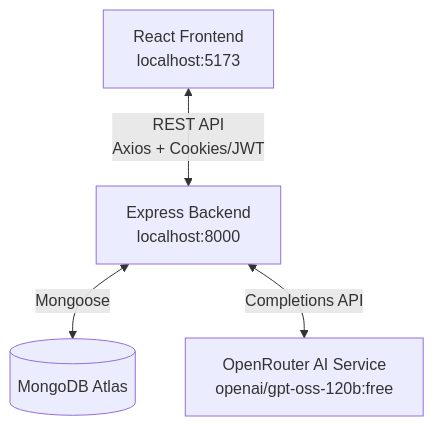
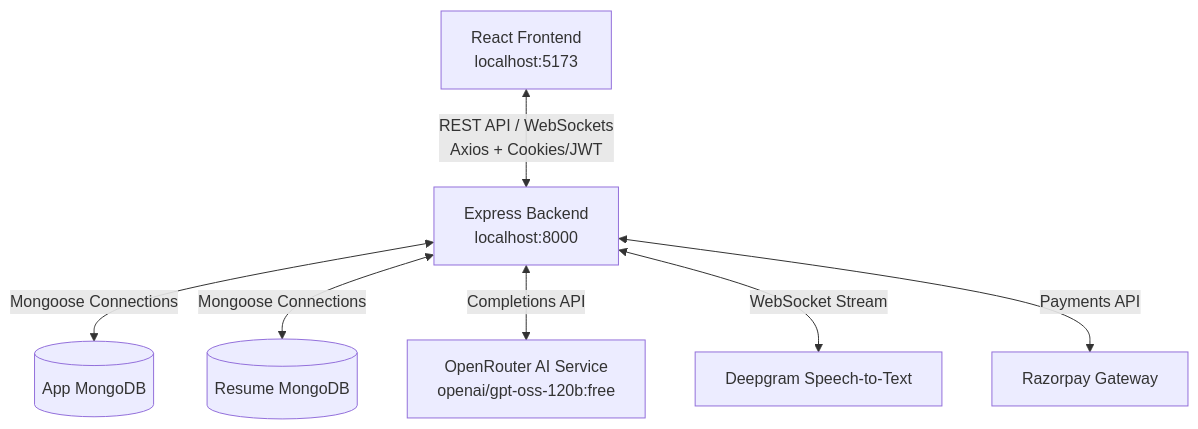
One commit to aarnav24/ai_mock_interview changed the first of 2 diagrams in README.md. Above: the diagram before and after it, drawn with Mermaid. The commit also changed other lines of this file, not shown here.

````diff
--- a/README.md
+++ b/README.md
@@ -50,6 +55,9 @@
 ```mermaid
 graph TD
-    Client[React Frontend <br> localhost:5173] <-->|REST API <br> Axios + Cookies/JWT| Server[Express Backend <br> localhost:8000]
-    Server <-->|Mongoose| MongoDB[(MongoDB Atlas)]
+    Client[React Frontend <br> localhost:5173] <-->|REST API / WebSockets <br> Axios + Cookies/JWT| Server[Express Backend <br> localhost:8000]
+    Server <-->|Mongoose Connections| MongoMainDB[(App MongoDB)]
+    Server <-->|Mongoose Connections| MongoResumeDB[(Resume MongoDB)]
     Server <-->|Completions API| OpenRouter[OpenRouter AI Service <br> openai/gpt-oss-120b:free]
+    Server <-->|WebSocket Stream| Deepgram[Deepgram Speech-to-Text]
+    Server <-->|Payments API| Razorpay[Razorpay Gateway]
 ```
````
